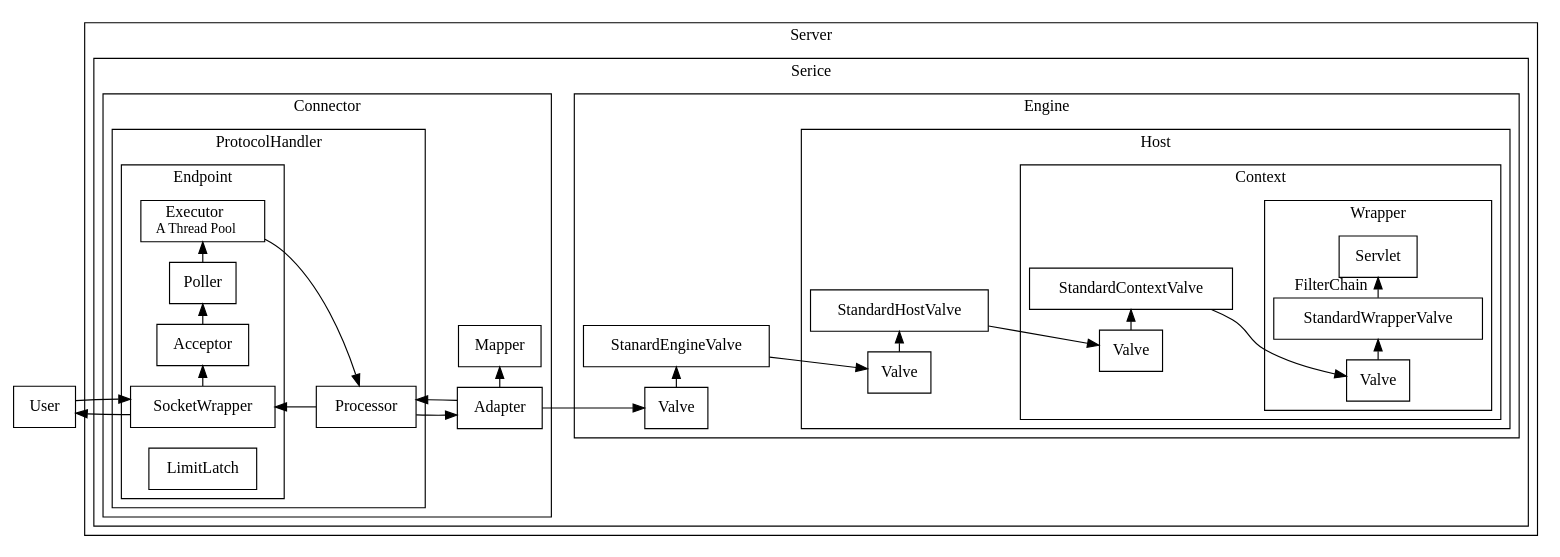
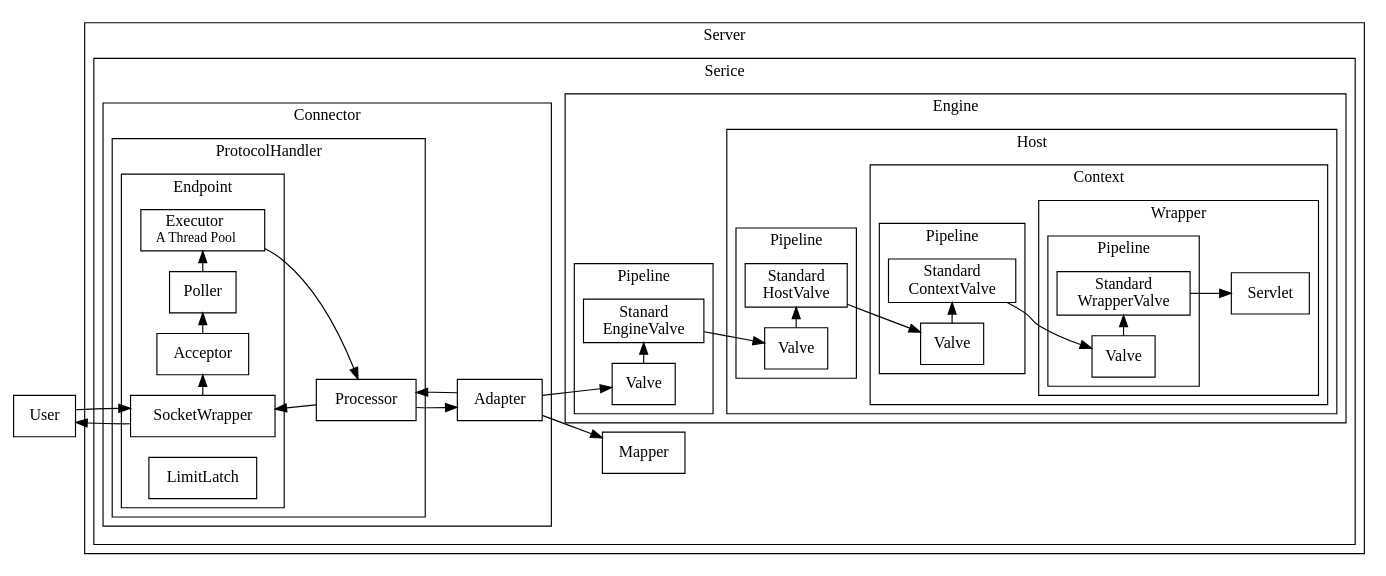
The third of 4 diagrams in docs/CS/Java/Tomcat/Tomcat.md (Robinpig/Note), drawn with Graphviz before and after one commit. The commit also changed other lines of this file and 1 other file, not shown here.

```diff
--- a/docs/CS/Java/Tomcat/Tomcat.md
+++ b/docs/CS/Java/Tomcat/Tomcat.md
@@ -180,6 +252,11 @@
   
     subgraph cluster_Service {
         label="Serice"
+        
+        Mapper;
+        Mapper2[style=invis];
+        
+            {rank="same"; Mapper2;Mapper;}
         subgraph cluster_Connector {
             label="Connector"
             subgraph cluster_ProtocolHandler {
@@ -200,7 +277,6 @@
   
                 }
             Adapter;
-            {rank="same"; Adapter;Mapper;}
             Processor -> Adapter;
             Adapter -> Mapper;
             Adapter -> Processor;
@@ -212,26 +288,43 @@
         subgraph cluster_Engine {
             label="Engine"
             Engine_Valve [label="Valve"];
+            
+              subgraph cluster_Engine_Pipeline {
+                label="Pipeline"
+                StanardEngineValve[label="Stanard\nEngineValve"]
+                {rank="same"; Engine_Valve;StanardEngineValve;}
+              }  
              Adapter -> Engine_Valve;
              Engine_Valve -> StanardEngineValve;
-             {rank="same"; Engine_Valve;StanardEngineValve;}
              subgraph cluster_Host {
                 label="Host"
+                subgraph cluster_Host_Pipeline {
+                  label="Pipeline"
+                  StandardHostValve[label="Standard\nHostValve"]
+                  {rank="same"; Host_Valve;StandardHostValve;}
+                }
                 Host_Valve [label="Valve"];
-                {rank="same"; Host_Valve;StandardHostValve;}
                 subgraph cluster_Context {
                     label="Context"
                     autosize=false;
                     size="10.0, 18.3";
- 
+                    subgraph cluster_Engine_Pipeline {
+                      label="Pipeline"
+                      StandardContextValve[label="Standard\nContextValve"]
+                      {rank="same"; Context_Valve;StandardContextValve;}
+                    }  
                     Context_Valve [label="Valve"];
-                    {rank="same"; Context_Valve;StandardContextValve;}
                     subgraph cluster_Wrapper_1 {
                         label="Wrapper"
+                        
+                        subgraph cluster_Host_Pipeline {
+                          label="Pipeline"
+                          StandardWrapperValve[label="Standard\nWrapperValve"]
+                          {rank="same"; Wrapper_Valve_1;StandardWrapperValve;}
+                        }
                         Wrapper_Valve_1 [label="Valve"];
                         StandardWrapperValve;
                         Servlet_1[label="Servlet"];
-                        {rank="same"; Wrapper_Valve_1;StandardWrapperValve;Servlet_1;}
                 
                         StandardWrapperValve -> Servlet_1 [headlabel="FilterChain"];
                     }
```
